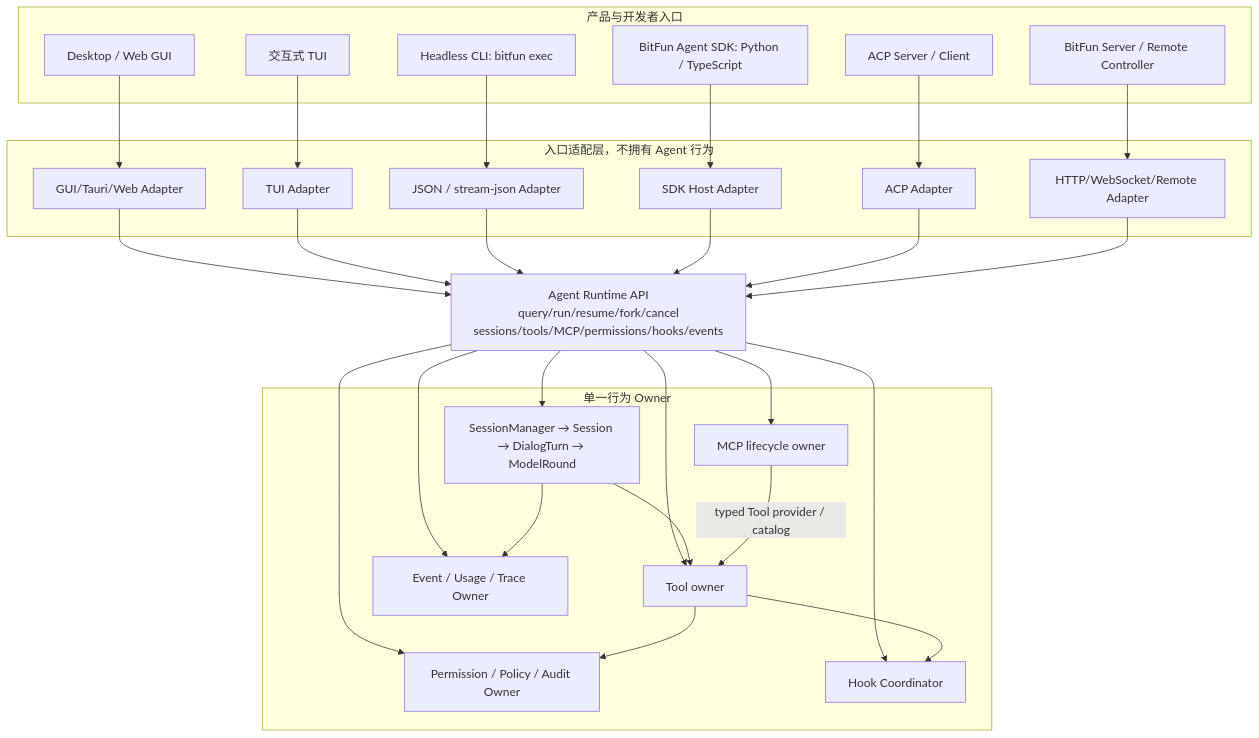
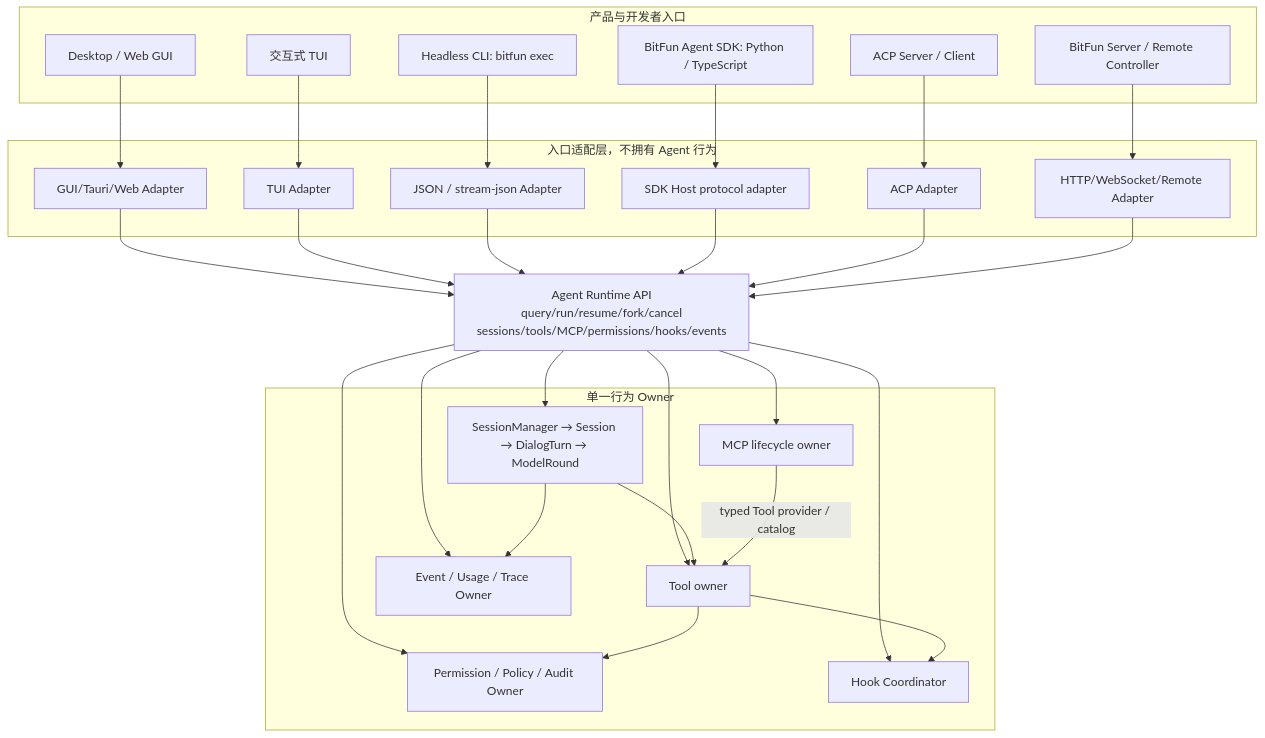
The first of 7 diagrams in docs/architecture/agent-sdk-product-architecture.md (1688mengdie/BitFun), drawn with Mermaid before and after one commit. The commit also changed other lines of this file and 69 other files, not shown here.

Commit message:
feat(sdk): add standalone Agent SDK Host baseline

````diff
--- a/docs/architecture/agent-sdk-product-architecture.md
+++ b/docs/architecture/agent-sdk-product-architecture.md
@@ -133,49 +141,49 @@
 ```mermaid
 flowchart TB
   subgraph Surfaces["产品与开发者入口"]
     GUI["Desktop / Web GUI"]
     TUI["交互式 TUI"]
     CLI["Headless CLI: bitfun exec"]
     SDK["BitFun Agent SDK: Python / TypeScript"]
     ACP["ACP Server / Client"]
     Server["BitFun Server / Remote Controller"]
   end
 
   subgraph Adapters["入口适配层，不拥有 Agent 行为"]
     GuiAdapter["GUI/Tauri/Web Adapter"]
     TuiAdapter["TUI Adapter"]
     CliAdapter["JSON / stream-json Adapter"]
-    SdkAdapter["SDK Host Adapter"]
+    SdkAdapter["SDK Host protocol adapter"]
     AcpAdapter["ACP Adapter"]
     ServerAdapter["HTTP/WebSocket/Remote Adapter"]
   end
 
   App["Agent Runtime API\nquery/run/resume/fork/cancel\nsessions/tools/MCP/permissions/hooks/events"]
 
   subgraph Owners["单一行为 Owner"]
     Runtime["SessionManager → Session → DialogTurn → ModelRound"]
     McpOwner["MCP lifecycle owner"]
     ToolOwner["Tool owner"]
     PermissionOwner["Permission / Policy / Audit Owner"]
     HookOwner["Hook Coordinator"]
     EventOwner["Event / Usage / Trace Owner"]
   end
 
   GUI --> GuiAdapter --> App
   TUI --> TuiAdapter --> App
   CLI --> CliAdapter --> App
   SDK --> SdkAdapter --> App
   ACP --> AcpAdapter --> App
   Server --> ServerAdapter --> App
   App --> Runtime
   App --> McpOwner
   App --> ToolOwner
   App --> PermissionOwner
   App --> HookOwner
   App --> EventOwner
   Runtime --> ToolOwner
   McpOwner -->|"typed Tool provider / catalog"| ToolOwner
   ToolOwner --> PermissionOwner
   ToolOwner --> HookOwner
   Runtime --> EventOwner
 ```
````
